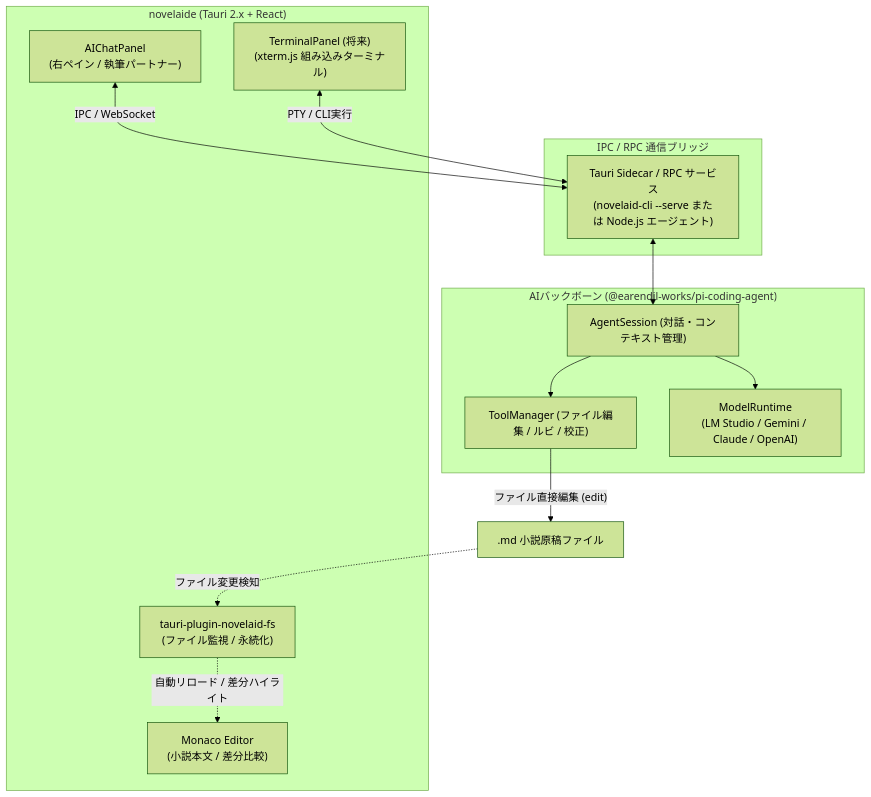
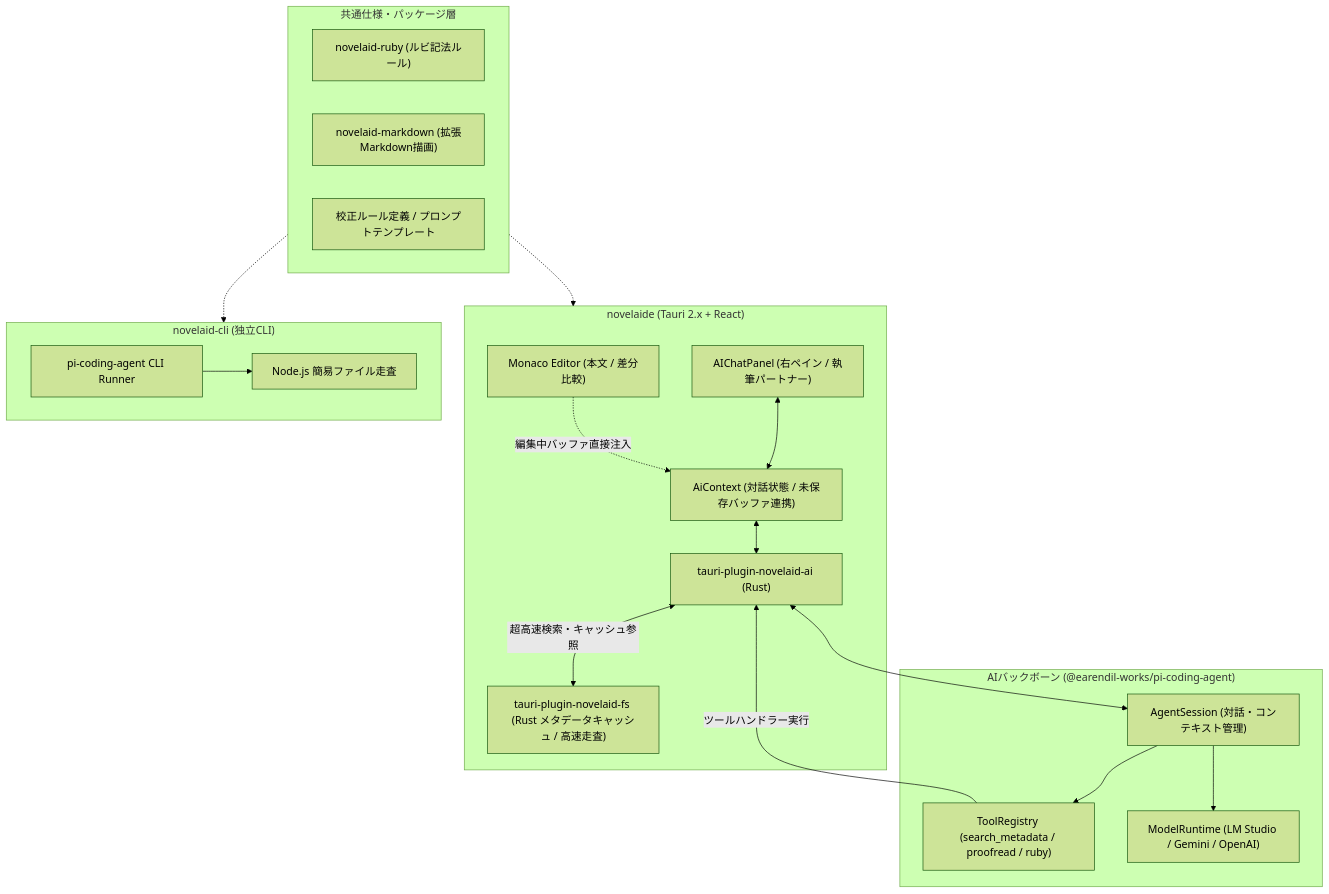
Before and after one commit to mituha/novelaid-editor-docs: the diagram in docs/dev/AI関連機能およびpi-coding-agent連携計画.md, drawn with Mermaid (forest theme). The commit also changed other lines of this file, not shown here.

````diff
--- a/docs/dev/AI関連機能およびpi-coding-agent連携計画.md
+++ b/docs/dev/AI関連機能およびpi-coding-agent連携計画.md
@@ -72,28 +27,41 @@
 ```mermaid
 flowchart TD
-    subgraph GUI["novelaide (Tauri 2.x + React)"]
-        Editor["Monaco Editor\n(小説本文 / 差分比較)"]
-        ChatPanel["AIChatPanel\n(右ペイン / 執筆パートナー)"]
-        TerminalPanel["TerminalPanel (将来)\n(xterm.js 組み込みターミナル)"]
-        FSPlugin["tauri-plugin-novelaid-fs\n(ファイル監視 / 永続化)"]
+    subgraph Shared["共通仕様・パッケージ層"]
+        SpecRuby["novelaid-ruby (ルビ記法ルール)"]
+        SpecMD["novelaid-markdown (拡張Markdown描画)"]
+        Rules["校正ルール定義 / プロンプトテンプレート"]
     end
 
-    subgraph Bridge["IPC / RPC 通信ブリッジ"]
-        Sidecar["Tauri Sidecar / RPC サービス\n(novelaid-cli --serve または Node.js エージェント)"]
+    subgraph Novelaide["novelaide (Tauri 2.x + React)"]
+        Editor["Monaco Editor (本文 / 差分比較)"]
+        ChatPanel["AIChatPanel (右ペイン / 執筆パートナー)"]
+        Ctx["AiContext (対話状態 / 未保存バッファ連携)"]
+        AI_Plugin["tauri-plugin-novelaid-ai (Rust)"]
+        FS_Plugin["tauri-plugin-novelaid-fs (Rust メタデータキャッシュ / 高速走査)"]
+        
+        ChatPanel <--> Ctx
+        Ctx <--> AI_Plugin
+        AI_Plugin <-->|"超高速検索・キャッシュ参照"| FS_Plugin
+        Editor -.->|"編集中バッファ直接注入"| Ctx
     end
 
     subgraph Backbone["AIバックボーン (@earendil-works/pi-coding-agent)"]
         AgentSession["AgentSession (対話・コンテキスト管理)"]
-        ToolManager["ToolManager (ファイル編集 / ルビ / 校正)"]
-        Provider["ModelRuntime\n(LM Studio / Gemini / Claude / OpenAI)"]
+        ToolRegistry["ToolRegistry (search_metadata / proofread / ruby)"]
+        Provider["ModelRuntime (LM Studio / Gemini / OpenAI)"]
+        
+        AI_Plugin <--> AgentSession
+        AgentSession --> ToolRegistry
+        AgentSession --> Provider
+        ToolRegistry -->|"ツールハンドラー実行"| AI_Plugin
     end
 
-    ChatPanel <-->|"IPC / WebSocket"| Sidecar
-    Sidecar <--> AgentSession
-    AgentSession --> ToolManager
-    AgentSession --> Provider
-    ToolManager -->|"ファイル直接編集 (edit)"| ProjectFiles[".md 小説原稿ファイル"]
-    ProjectFiles -.->|"ファイル変更検知"| FSPlugin
-    FSPlugin -.->|"自動リロード / 差分ハイライト"| Editor
-    TerminalPanel <-->|"PTY / CLI実行"| Sidecar
+    subgraph NovelaidCli["novelaid-cli (独立CLI)"]
+        CLI["pi-coding-agent CLI Runner"]
+        SimpleFS["Node.js 簡易ファイル走査"]
+        CLI --> SimpleFS
+    end
+
+    Shared -.-> Novelaide
+    Shared -.-> NovelaidCli
 ```
````
